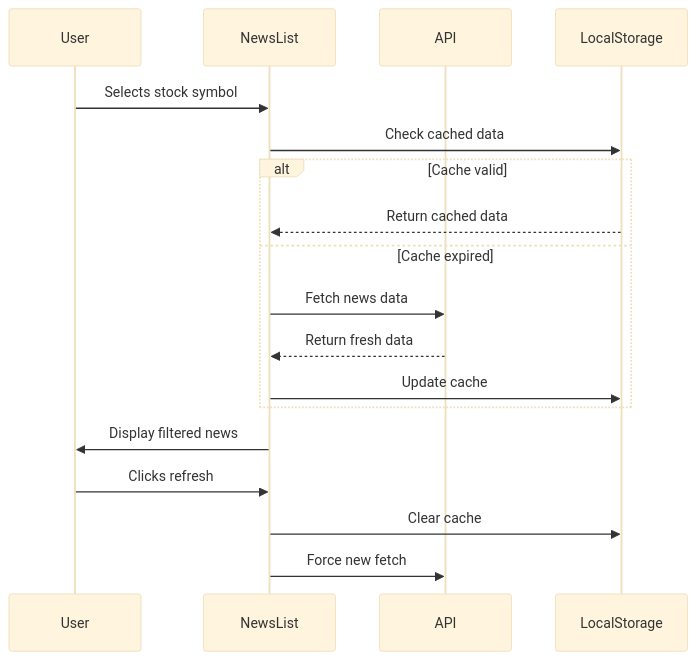
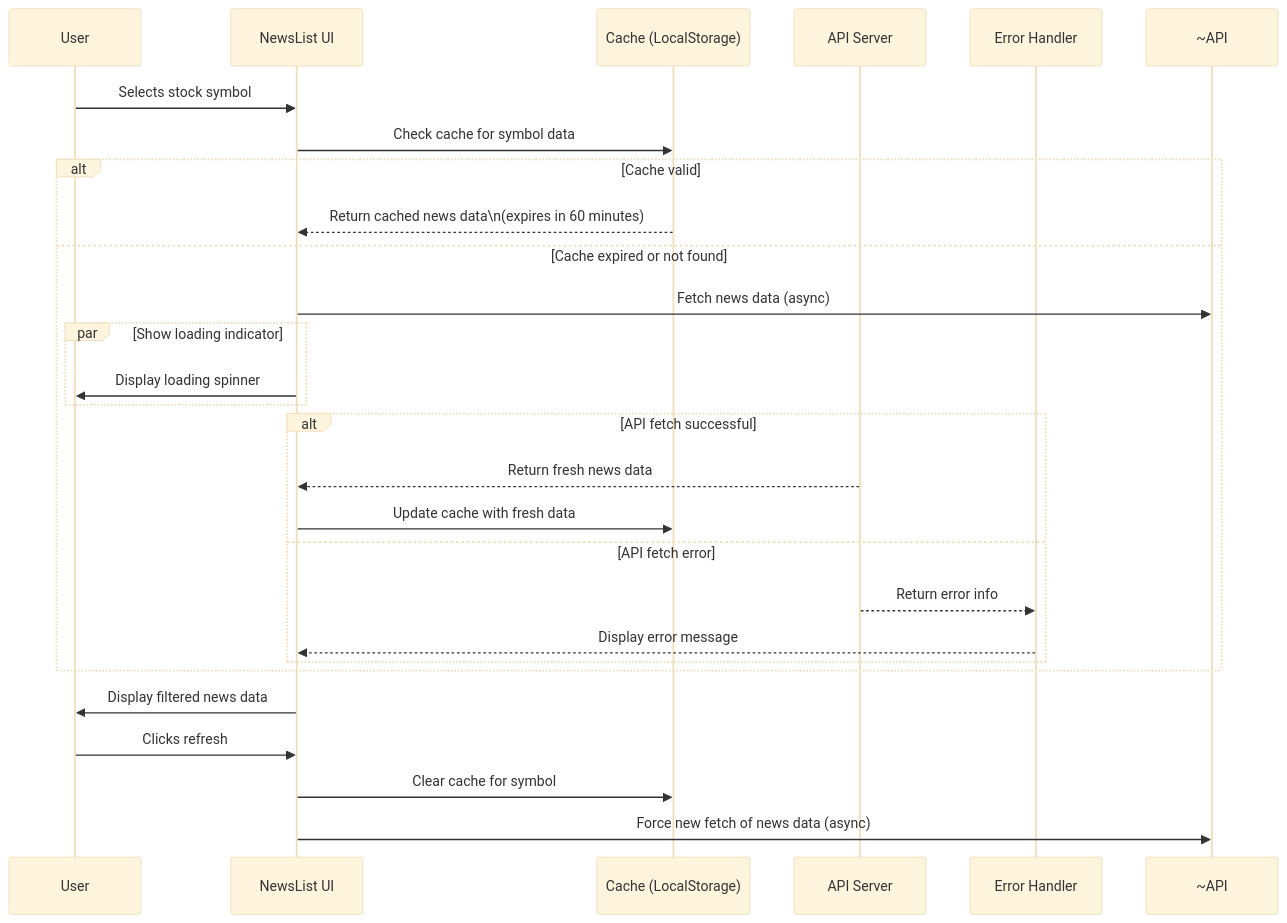
The first of 2 diagrams in README.md (AnyegaAlex/Sentiment-Driven-Stock-Price-Prediction-Using-News-Headlines), drawn with Mermaid (base theme) before and after one commit.

````diff
--- a/README.md
+++ b/README.md
@@ -38,21 +38,35 @@
 ```mermaid
+%% Legend:
+%% - Dashed arrows (-->~) indicate asynchronous calls.
+%% - alt branches show alternative paths (e.g., errors).
+%% - par blocks indicate parallel processes (e.g., showing a loading indicator).
+
 sequenceDiagram
-  participant User
-  participant NewsList
-  participant API
-  participant LocalStorage
-  
-  User->>NewsList: Selects stock symbol
-  NewsList->>LocalStorage: Check cached data
-  alt Cache valid
-    LocalStorage-->>NewsList: Return cached data
-  else Cache expired
-    NewsList->>API: Fetch news data
-    API-->>NewsList: Return fresh data
-    NewsList->>LocalStorage: Update cache
-  end
-  NewsList->>User: Display filtered news
-  User->>NewsList: Clicks refresh
-  NewsList->>LocalStorage: Clear cache
-  NewsList->>API: Force new fetch
+    participant U as User
+    participant UI as NewsList UI
+    participant C as Cache (LocalStorage)
+    participant API as API Server
+    participant EH as Error Handler
+
+    U->>UI: Selects stock symbol
+    UI->>C: Check cache for symbol data
+    alt Cache valid
+        C-->>UI: Return cached news data\n(expires in 60 minutes)
+    else Cache expired or not found
+        UI->>~API: Fetch news data (async)
+        par Show loading indicator
+            UI->>U: Display loading spinner
+        end
+        alt API fetch successful
+            API-->>UI: Return fresh news data
+            UI->>C: Update cache with fresh data
+        else API fetch error
+            API-->>EH: Return error info
+            EH-->>UI: Display error message
+        end
+    end
+    UI->>U: Display filtered news data
+    U->>UI: Clicks refresh
+    UI->>C: Clear cache for symbol
+    UI->>~API: Force new fetch of news data (async)
 ```
````
